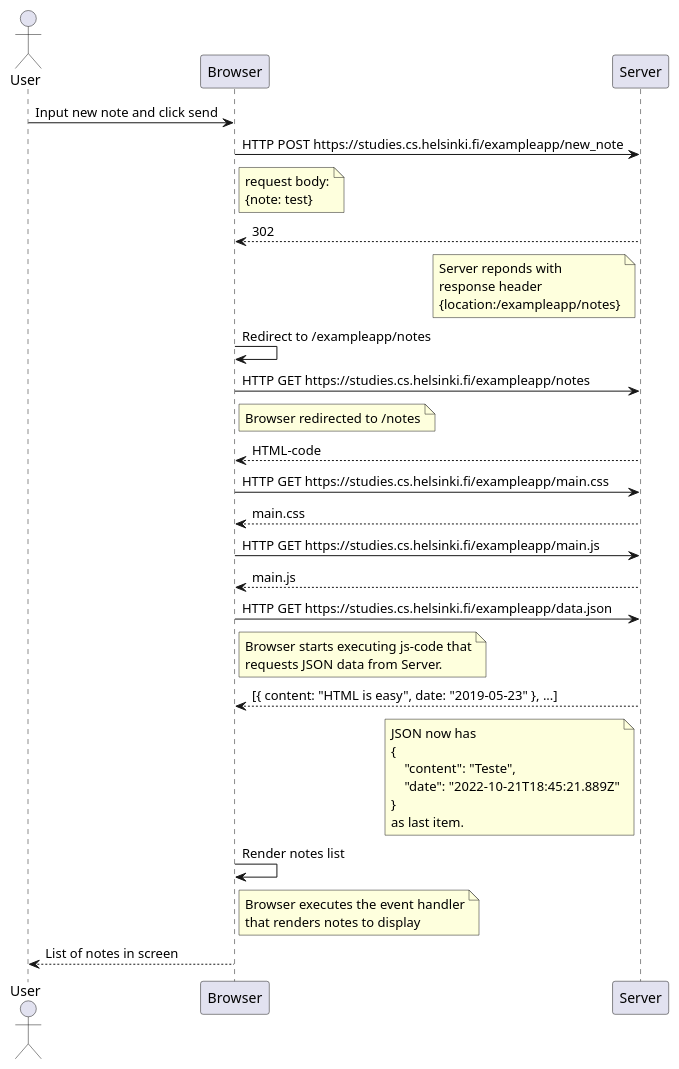
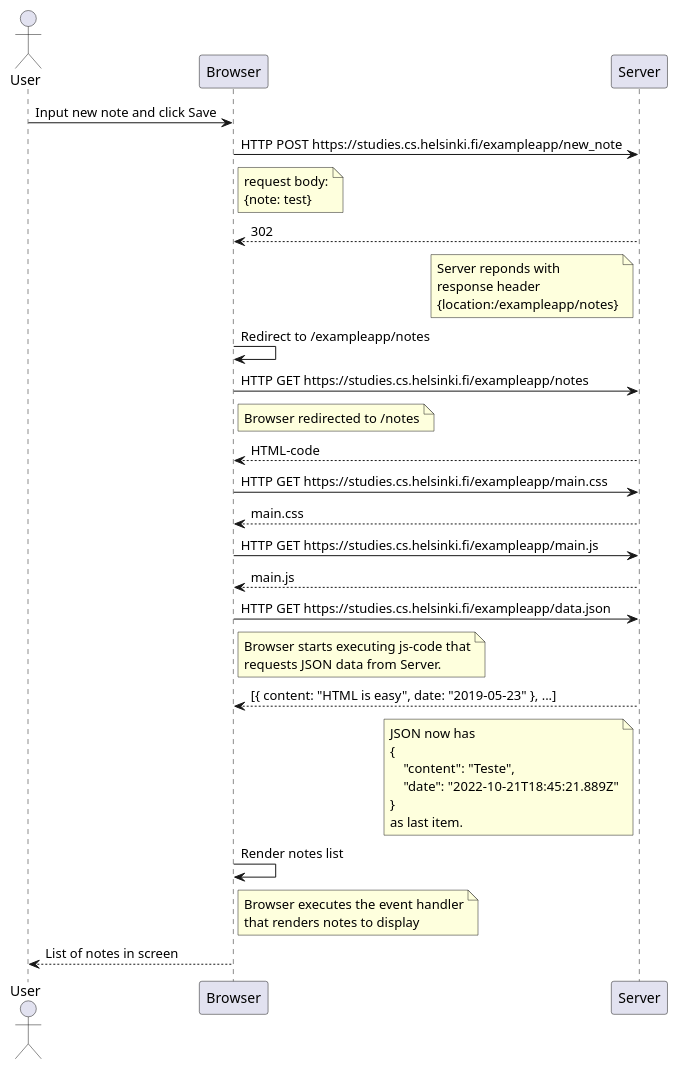
Before and after one commit to josenaldo/full-stack-open-2022: the diagram in part0/0.4-new-note/new-note.puml, drawn with PlantUML. The commit also changed 2 other files, not shown here.

```diff
--- a/part0/0.4-new-note/new-note.puml
+++ b/part0/0.4-new-note/new-note.puml
@@ -1,65 +1,65 @@
 actor User
 participant Browser
 participant Server
 
-User -> Browser: Input new note and click send
+User -> Browser: Input new note and click Save
 
 Browser -> Server: HTTP POST https://studies.cs.helsinki.fi/exampleapp/new_note
 
 note right of Browser
     request body:
     {note: test}
 end note
 
 Server --> Browser: 302
 
 note left of Server
     Server reponds with
     response header
     {location:/exampleapp/notes}
 end note
 
 Browser -> Browser: Redirect to /exampleapp/notes
 
 Browser -> Server: HTTP GET https://studies.cs.helsinki.fi/exampleapp/notes
 
 note right of Browser
     Browser redirected to /notes
 end note
 
 Server --> Browser: HTML-code
 
 Browser -> Server: HTTP GET https://studies.cs.helsinki.fi/exampleapp/main.css
 
 Server --> Browser: main.css
 
 Browser -> Server: HTTP GET https://studies.cs.helsinki.fi/exampleapp/main.js
 
 Server --> Browser: main.js
 
 Browser -> Server: HTTP GET https://studies.cs.helsinki.fi/exampleapp/data.json
 
 note right of Browser
     Browser starts executing js-code that
     requests JSON data from Server.
 end note
 
 Server --> Browser: [{ content: "HTML is easy", date: "2019-05-23" }, ...]
 
 note left of Server
     JSON now has
     {
         "content": "Teste",
         "date": "2022-10-21T18:45:21.889Z"
     }
     as last item.
 end note
 
 Browser -> Browser: Render notes list
 
 note right of Browser
     Browser executes the event handler
     that renders notes to display
 end note
 
 Browser --> User: List of notes in screen
```
